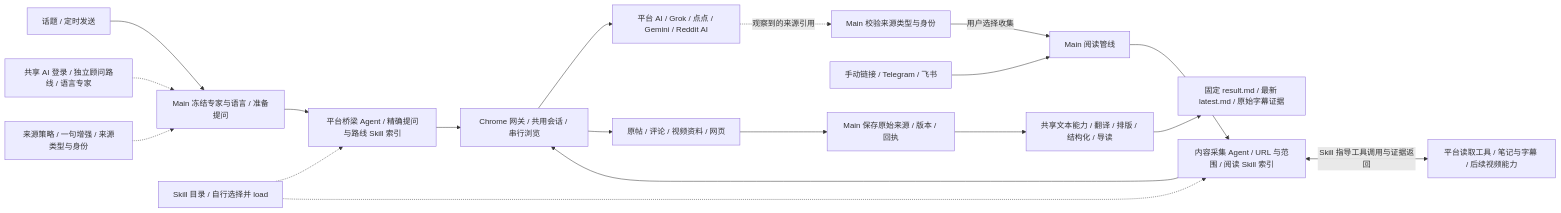
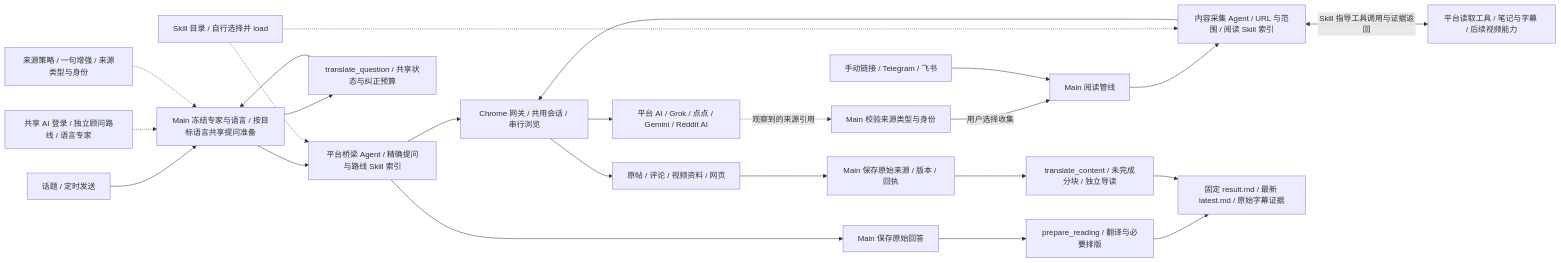
One commit to huggon1/postrove changed the diagram in docs/architecture/zh-CN/overview.mmd. Above: the diagram before and after it, drawn with Mermaid. The commit also changed 30 other files, not shown here.

Commit message:
fix: share question preparation and preserve reading content

```diff
--- a/docs/architecture/zh-CN/overview.mmd
+++ b/docs/architecture/zh-CN/overview.mmd
@@ -1,19 +1,24 @@
 flowchart LR
-  question[话题 / 定时发送] --> main[Main 冻结专家与语言 / 准备提问]
+  question[话题 / 定时发送] --> main[Main 冻结专家与语言 / 按目标语言共享提问准备]
   connection[共享 AI 登录 / 独立顾问路线 / 语言专家] -.-> main
   policy[来源策略 / 一句增强 / 来源类型与身份] -.-> main
   main --> bridge[平台桥梁 Agent / 精确提问与路线 Skill 索引]
   bridge --> chrome[Chrome 网关 / 共用会话 / 串行浏览]
   chrome --> ai[平台 AI / Grok / 点点 / Gemini / Reddit AI]
   ai -.观察到的来源引用.-> canonical[Main 校验来源类型与身份]
   canonical -->|用户选择收集| reading[Main 阅读管线]
   links[手动链接 / Telegram / 飞书] --> reading
   reading --> capture[内容采集 Agent / URL 与范围 / 阅读 Skill 索引]
   capture --> chrome
   capture <-->|Skill 指导工具调用与证据返回| readers[平台读取工具 / 笔记与字幕 / 后续视频能力]
   chrome --> sources[原帖 / 评论 / 视频资料 / 网页]
   skill[Skill 目录 / 自行选择并 load] -.-> bridge
   skill -.-> capture
   sources --> save[Main 保存原始来源 / 版本 / 回执]
-  save --> content[共享文本能力 / 翻译 / 排版 / 结构化 / 导读]
+  main --> questionPrep[translate_question / 共享状态与纠正预算]
+  questionPrep --> main
+  bridge --> replySave[Main 保存原始回答]
+  replySave --> readingVersion[prepare_reading / 翻译与必要排版]
+  readingVersion --> files
+  save --> content[translate_content / 未完成分块 / 独立导读]
   content --> files[固定 result.md / 最新 latest.md / 原始字幕证据]
```
